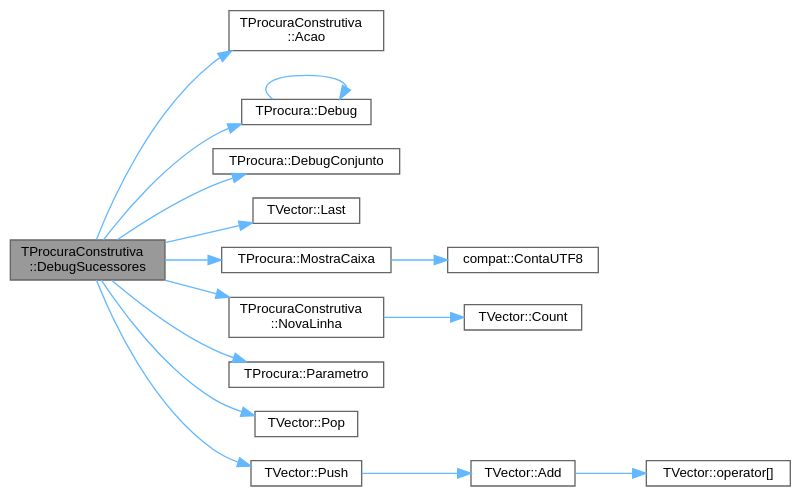
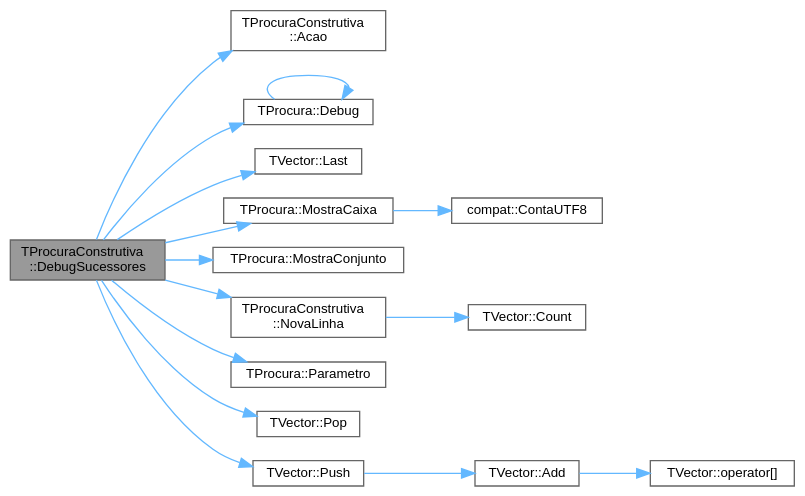
The diagram in classTProcuraConstrutiva_a08aa14ddc895426b2ce3df4d763cbbd7_cgraph.dot (jcoelho72/TProcura), drawn with Graphviz before and after one commit. The commit also changed 238 other files, not shown here.

```diff
--- a/classTProcuraConstrutiva_a08aa14ddc895426b2ce3df4d763cbbd7_cgraph.dot
+++ b/classTProcuraConstrutiva_a08aa14ddc895426b2ce3df4d763cbbd7_cgraph.dot
@@ -1,36 +1,36 @@
 digraph "TProcuraConstrutiva::DebugSucessores"
 {
  // LATEX_PDF_SIZE
   bgcolor="transparent";
   edge [fontname=Helvetica,fontsize=10,labelfontname=Helvetica,labelfontsize=10];
   node [fontname=Helvetica,fontsize=10,shape=box,height=0.2,width=0.4];
   rankdir="LR";
   Node1 [id="Node000001",label="TProcuraConstrutiva\l::DebugSucessores",height=0.2,width=0.4,color="gray40", fillcolor="grey60", style="filled", fontcolor="black",tooltip=" "];
   Node1 -> Node2 [id="edge1_Node000001_Node000002",color="steelblue1",style="solid",tooltip=" "];
   Node2 [id="Node000002",label="TProcuraConstrutiva\l::Acao",height=0.2,width=0.4,color="grey40", fillcolor="white", style="filled",URL="$group__RedefinicaoSugerida.html#gacbc6e34f3a403d26d806f37b5cd739f6",tooltip="Retorna a ação (movimento, passo, jogada, lance, etc.) que gerou o sucessor."];
   Node1 -> Node3 [id="edge2_Node000001_Node000003",color="steelblue1",style="solid",tooltip=" "];
   Node3 [id="Node000003",label="TProcura::Debug",height=0.2,width=0.4,color="grey40", fillcolor="white", style="filled",URL="$classTProcura.html#a0c5676c1b54ab6bdc1045b98aeafe456",tooltip="Mostra o estado no ecrã, para debug."];
   Node3 -> Node3 [id="edge3_Node000003_Node000003",color="steelblue1",style="solid",tooltip=" "];
   Node1 -> Node4 [id="edge4_Node000001_Node000004",color="steelblue1",style="solid",tooltip=" "];
-  Node4 [id="Node000004",label="TProcura::DebugConjunto",height=0.2,width=0.4,color="grey40", fillcolor="white", style="filled",URL="$classTProcura.html#aeb0c13100562688b04050be9710eaf38",tooltip=" "];
+  Node4 [id="Node000004",label="TVector::Last",height=0.2,width=0.4,color="grey40", fillcolor="white", style="filled",URL="$classTVector.html#aa304d639c79ef2842f9951846c6292e3",tooltip=" "];
   Node1 -> Node5 [id="edge5_Node000001_Node000005",color="steelblue1",style="solid",tooltip=" "];
-  Node5 [id="Node000005",label="TVector::Last",height=0.2,width=0.4,color="grey40", fillcolor="white", style="filled",URL="$classTVector.html#aa304d639c79ef2842f9951846c6292e3",tooltip=" "];
-  Node1 -> Node6 [id="edge6_Node000001_Node000006",color="steelblue1",style="solid",tooltip=" "];
-  Node6 [id="Node000006",label="TProcura::MostraCaixa",height=0.2,width=0.4,color="grey40", fillcolor="white", style="filled",URL="$classTProcura.html#a3496857ee1a91785fbb6ad45f5e9ddea",tooltip=" "];
-  Node6 -> Node7 [id="edge7_Node000006_Node000007",color="steelblue1",style="solid",tooltip=" "];
-  Node7 [id="Node000007",label="compat::ContaUTF8",height=0.2,width=0.4,color="grey40", fillcolor="white", style="filled",URL="$namespacecompat.html#a2cc00022a29bc0fc08165228956a10f5",tooltip=" "];
+  Node5 [id="Node000005",label="TProcura::MostraCaixa",height=0.2,width=0.4,color="grey40", fillcolor="white", style="filled",URL="$classTProcura.html#a3496857ee1a91785fbb6ad45f5e9ddea",tooltip=" "];
+  Node5 -> Node6 [id="edge6_Node000005_Node000006",color="steelblue1",style="solid",tooltip=" "];
+  Node6 [id="Node000006",label="compat::ContaUTF8",height=0.2,width=0.4,color="grey40", fillcolor="white", style="filled",URL="$namespacecompat.html#a2cc00022a29bc0fc08165228956a10f5",tooltip=" "];
+  Node1 -> Node7 [id="edge7_Node000001_Node000007",color="steelblue1",style="solid",tooltip=" "];
+  Node7 [id="Node000007",label="TProcura::MostraConjunto",height=0.2,width=0.4,color="grey40", fillcolor="white", style="filled",URL="$classTProcura.html#afc922372bd66e1124bce8e4c61a593a5",tooltip=" "];
   Node1 -> Node8 [id="edge8_Node000001_Node000008",color="steelblue1",style="solid",tooltip=" "];
   Node8 [id="Node000008",label="TProcuraConstrutiva\l::NovaLinha",height=0.2,width=0.4,color="grey40", fillcolor="white", style="filled",URL="$classTProcuraConstrutiva.html#a7426b2abb333f77ef5d00ae46d5f2d32",tooltip=" "];
   Node8 -> Node9 [id="edge9_Node000008_Node000009",color="steelblue1",style="solid",tooltip=" "];
   Node9 [id="Node000009",label="TVector::Count",height=0.2,width=0.4,color="grey40", fillcolor="white", style="filled",URL="$classTVector.html#ac3c744d84543ca6e32859eb7dfccfeef",tooltip=" "];
   Node1 -> Node10 [id="edge10_Node000001_Node000010",color="steelblue1",style="solid",tooltip=" "];
   Node10 [id="Node000010",label="TProcura::Parametro",height=0.2,width=0.4,color="grey40", fillcolor="white", style="filled",URL="$classTProcura.html#a0e9e692f29af8a5d5279a8647c800437",tooltip=" "];
   Node1 -> Node11 [id="edge11_Node000001_Node000011",color="steelblue1",style="solid",tooltip=" "];
   Node11 [id="Node000011",label="TVector::Pop",height=0.2,width=0.4,color="grey40", fillcolor="white", style="filled",URL="$classTVector.html#a3249913626d54e46b07e168ce1f05d87",tooltip=" "];
   Node1 -> Node12 [id="edge12_Node000001_Node000012",color="steelblue1",style="solid",tooltip=" "];
   Node12 [id="Node000012",label="TVector::Push",height=0.2,width=0.4,color="grey40", fillcolor="white", style="filled",URL="$classTVector.html#afd25458f77157e6e8aa4ba0e6be3fb64",tooltip=" "];
   Node12 -> Node13 [id="edge13_Node000012_Node000013",color="steelblue1",style="solid",tooltip=" "];
   Node13 [id="Node000013",label="TVector::Add",height=0.2,width=0.4,color="grey40", fillcolor="white", style="filled",URL="$classTVector.html#aa28afdd47b27c5e004fc75b86d6f66a6",tooltip=" "];
   Node13 -> Node14 [id="edge14_Node000013_Node000014",color="steelblue1",style="solid",tooltip=" "];
   Node14 [id="Node000014",label="TVector::operator[]",height=0.2,width=0.4,color="grey40", fillcolor="white", style="filled",URL="$classTVector.html#a372a42fd7c4a94fee43db36d6a339b33",tooltip="Acesso por índice com auto-expansão."];
 }
```
